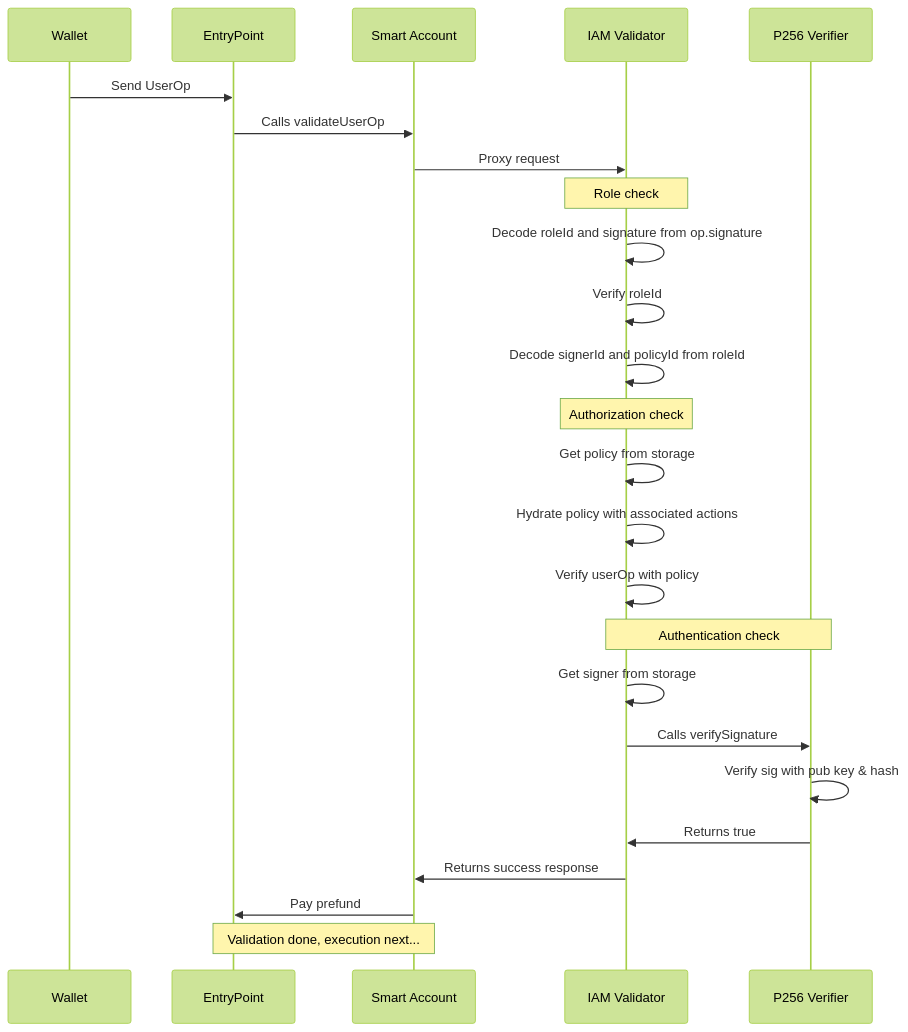
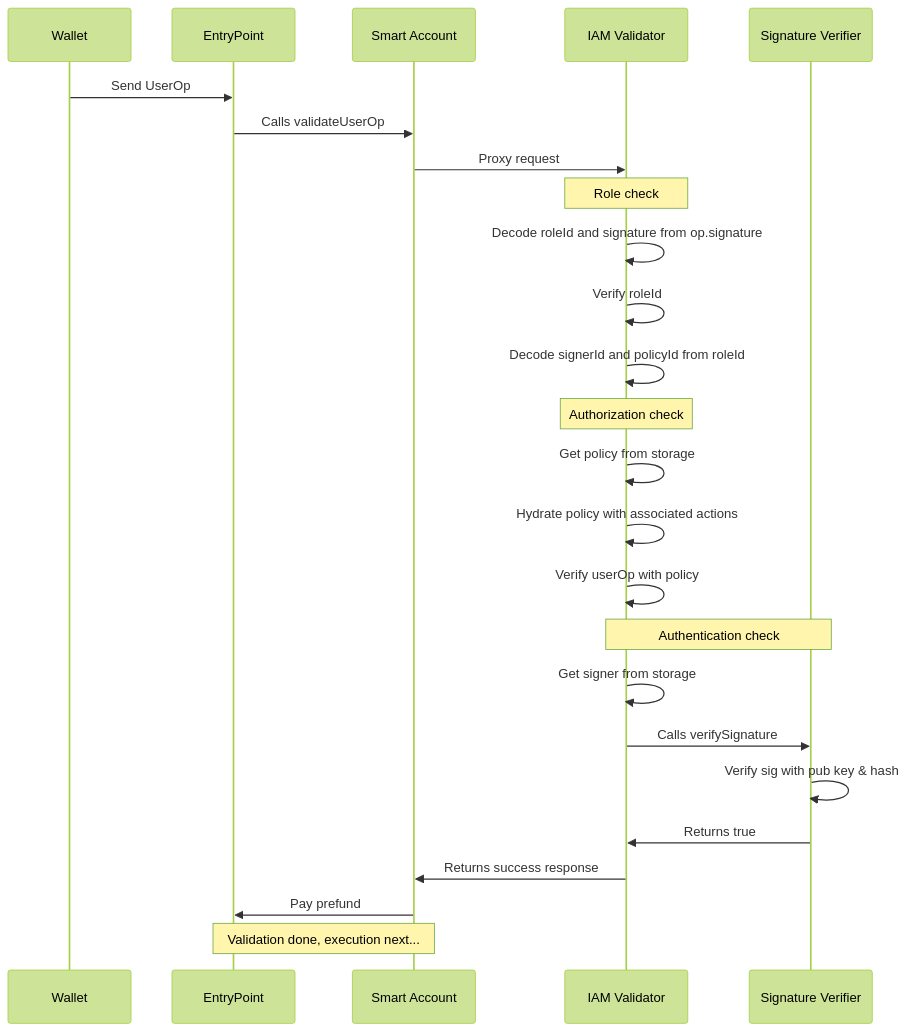
One commit to stackup-wallet/accessctl changed the first of 2 diagrams in README.md. Above: the diagram before and after it, drawn with Mermaid (forest theme). The commit also changed other lines of this file and 6 other files, not shown here.

````diff
--- a/README.md
+++ b/README.md
@@ -23,22 +23,22 @@
 ```mermaid
 sequenceDiagram
     Wallet->>EntryPoint:Send UserOp
     EntryPoint->>Smart Account: Calls validateUserOp
     Smart Account->>IAM Validator: Proxy request
     Note over IAM Validator: Role check
     IAM Validator->>IAM Validator: Decode roleId and signature from op.signature
     IAM Validator->>IAM Validator: Verify roleId
     IAM Validator->>IAM Validator: Decode signerId and policyId from roleId
     Note over IAM Validator: Authorization check
     IAM Validator->>IAM Validator: Get policy from storage
     IAM Validator->>IAM Validator: Hydrate policy with associated actions
     IAM Validator->>IAM Validator: Verify userOp with policy
-    Note over IAM Validator,P256 Verifier: Authentication check
+    Note over IAM Validator,Signature Verifier: Authentication check
     IAM Validator->>IAM Validator: Get signer from storage
-    IAM Validator->>P256 Verifier: Calls verifySignature
-    P256 Verifier->>P256 Verifier: Verify sig with pub key & hash
-    P256 Verifier->>IAM Validator: Returns true
+    IAM Validator->>Signature Verifier: Calls verifySignature
+    Signature Verifier->>Signature Verifier: Verify sig with pub key & hash
+    Signature Verifier->>IAM Validator: Returns true
     IAM Validator->>Smart Account: Returns success response
     Smart Account->>EntryPoint: Pay prefund
     Note over EntryPoint,Smart Account: Validation done, execution next...
 ```
````
